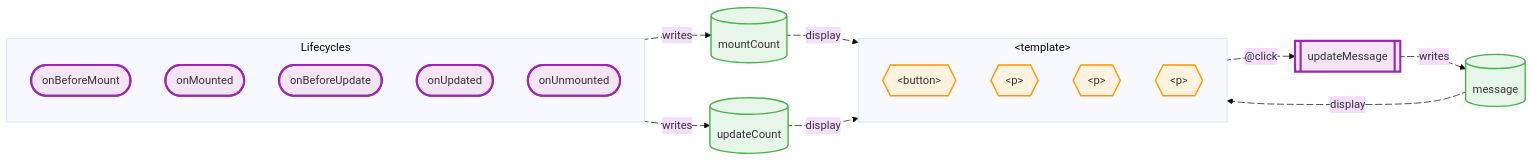
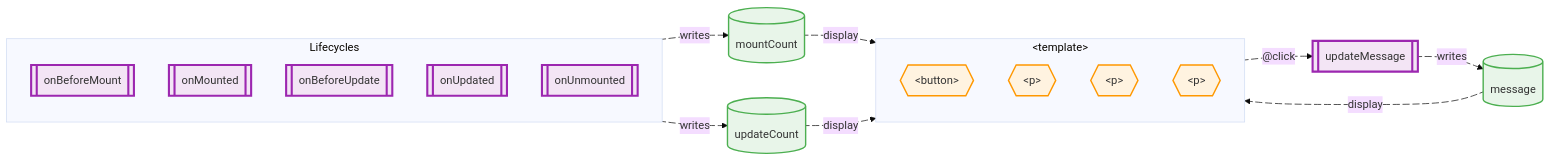
Before and after one commit to shibukawa/web-component-analyzer: the diagram in examples/vue-vite/src/components/005-Lifecycle.mmd, drawn with Mermaid. The commit also changed 65 other files, not shown here.

```diff
--- a/examples/vue-vite/src/components/005-Lifecycle.mmd
+++ b/examples/vue-vite/src/components/005-Lifecycle.mmd
@@ -1,64 +1,64 @@
 %%{init: {'theme': 'base', 'themeVariables': {'fontFamily': 'Comic Sans MS, cursive'}, 'flowchart': {'curve': 'basis', 'padding': 20}}}%%
 flowchart LR
   vue_state_0[("mountCount")]
   vue_state_1[("updateCount")]
   vue_state_2[("message")]
   jsx_element_3["&lt;button&gt;"]
   process_4[["updateMessage"]]
   process_5[["onBeforeMount"]]
   process_6[["onMounted"]]
   process_7[["onBeforeUpdate"]]
   process_8[["onUpdated"]]
   process_9[["onUnmounted"]]
   subgraph subgraph_0["&lt;template&gt;"]
     direction TB
       jsx_element_3@{ shape: hex, label: "&lt;button&gt;" }
       jsx_element_11@{ shape: hex, label: "&lt;p&gt;" }
       jsx_element_12@{ shape: hex, label: "&lt;p&gt;" }
       jsx_element_13@{ shape: hex, label: "&lt;p&gt;" }
   end
   subgraph lifecycle_subgraph_10["Lifecycles"]
     direction TB
-      process_5@{ shape: stadium, label: "onBeforeMount" }
-      process_6@{ shape: stadium, label: "onMounted" }
-      process_7@{ shape: stadium, label: "onBeforeUpdate" }
-      process_8@{ shape: stadium, label: "onUpdated" }
-      process_9@{ shape: stadium, label: "onUnmounted" }
+      process_5[["onBeforeMount"]]
+      process_6[["onMounted"]]
+      process_7[["onBeforeUpdate"]]
+      process_8[["onUpdated"]]
+      process_9[["onUnmounted"]]
   end
+  process_6 eprocess_6_vue_state_0@-->|"writes"| vue_state_0
+  eprocess_6_vue_state_0@{ animate: true }
+  process_8 eprocess_8_vue_state_1@-->|"writes"| vue_state_1
+  eprocess_8_vue_state_1@{ animate: true }
   jsx_element_3 ejsx_element_3_process_4@-->|"@click"| process_4
   ejsx_element_3_process_4@{ animate: true }
   process_4 eprocess_4_vue_state_2@-->|"writes"| vue_state_2
   eprocess_4_vue_state_2@{ animate: true }
-  process_6 eprocess_6_vue_state_0@-->|"writes"| vue_state_0
-  eprocess_6_vue_state_0@{ animate: true }
-  process_8 eprocess_8_vue_state_1@-->|"writes"| vue_state_1
-  eprocess_8_vue_state_1@{ animate: true }
   vue_state_0 evue_state_0_jsx_element_11@-->|"display"| jsx_element_11
   evue_state_0_jsx_element_11@{ animate: true }
   vue_state_1 evue_state_1_jsx_element_12@-->|"display"| jsx_element_12
   evue_state_1_jsx_element_12@{ animate: true }
   vue_state_2 evue_state_2_jsx_element_13@-->|"display"| jsx_element_13
   evue_state_2_jsx_element_13@{ animate: true }
 
   %% Styling
   classDef inputProp fill:#E3F2FD,stroke:#2196F3,stroke-width:2px
   classDef outputProp fill:#FFF3E0,stroke:#FF9800,stroke-width:2px
   classDef process fill:#F3E5F5,stroke:#9C27B0,stroke-width:3px
   classDef dataStore fill:#E8F5E9,stroke:#4CAF50,stroke-width:2px
   classDef jsxElement fill:#FFF3E0,stroke:#FF9800,stroke-width:2px
   classDef contextData fill:#E1F5FE,stroke:#0288D1,stroke-width:2px
   classDef contextFunction fill:#FFF9C4,stroke:#F57C00,stroke-width:2px
   classDef exportedHandler fill:#E8F5E9,stroke:#4CAF50,stroke-width:2px
   class vue_state_0 dataStore
   class vue_state_1 dataStore
   class vue_state_2 dataStore
   class process_4 process
   class process_5 process
   class process_6 process
   class process_7 process
   class process_8 process
   class process_9 process
   class jsx_element_3 jsxElement
   class jsx_element_11 jsxElement
   class jsx_element_12 jsxElement
   class jsx_element_13 jsxElement
```
